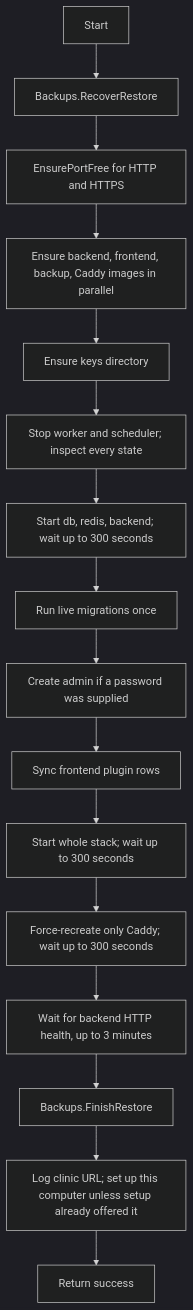
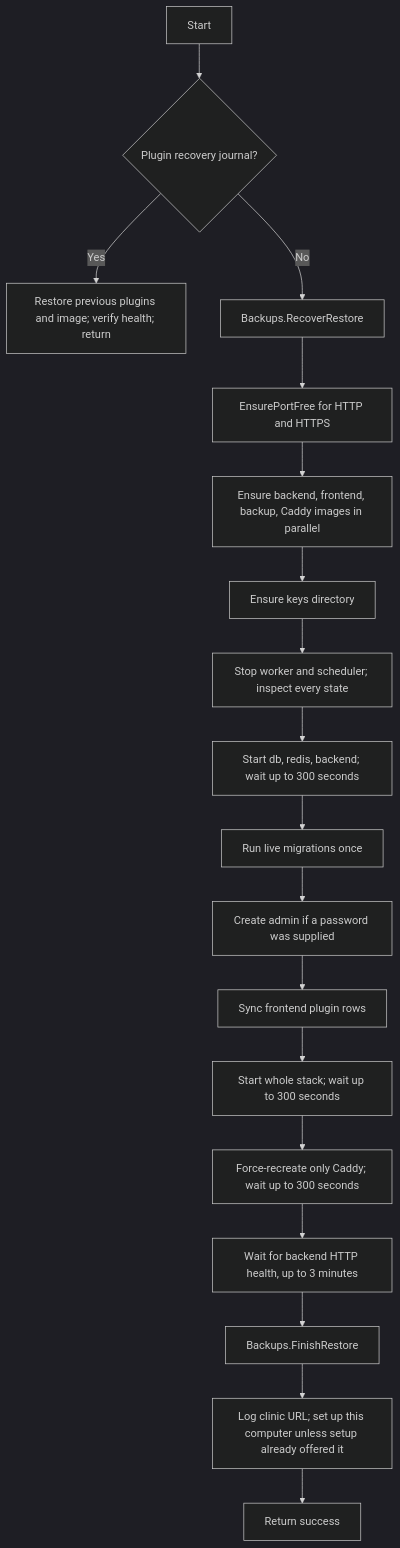
The sixth of 6 diagrams in docs/clinic-lifecycle.md (ohcnetwork/care_clinic), drawn with Mermaid (dark theme) before and after one commit. The commit also changed other lines of this file and 34 other files, not shown here.

First line of the commit message:
Roll back failed plugin loads and recover the clinic

````diff
--- a/docs/clinic-lifecycle.md
+++ b/docs/clinic-lifecycle.md
@@ -820,18 +823,20 @@
 ```mermaid
 flowchart TD
-    Begin["Start"] --> Recover["Backups.RecoverRestore"]
+    Begin["Start"] --> PluginRecovery{"Plugin recovery journal?"}
+    PluginRecovery -->|Yes| Rollback["Restore previous plugins and image; verify health; return"]
+    PluginRecovery -->|No| Recover["Backups.RecoverRestore"]
     Recover --> Ports["EnsurePortFree for HTTP and HTTPS"]
     Ports --> Images["Ensure backend, frontend, backup, Caddy images in parallel"]
     Images --> Keys["Ensure keys directory"]
     Keys --> Pause["Stop worker and scheduler; inspect every state"]
     Pause --> Core["Start db, redis, backend; wait up to 300 seconds"]
     Core --> Migrate["Run live migrations once"]
     Migrate --> Admin["Create admin if a password was supplied"]
     Admin --> Plugins["Sync frontend plugin rows"]
     Plugins --> All["Start whole stack; wait up to 300 seconds"]
     All --> Proxy["Force-recreate only Caddy; wait up to 300 seconds"]
     Proxy --> Health["Wait for backend HTTP health, up to 3 minutes"]
     Health --> Finish["Backups.FinishRestore"]
     Finish --> Local["Log clinic URL; set up this computer unless setup already offered it"]
     Local --> Done["Return success"]
 ```
````
